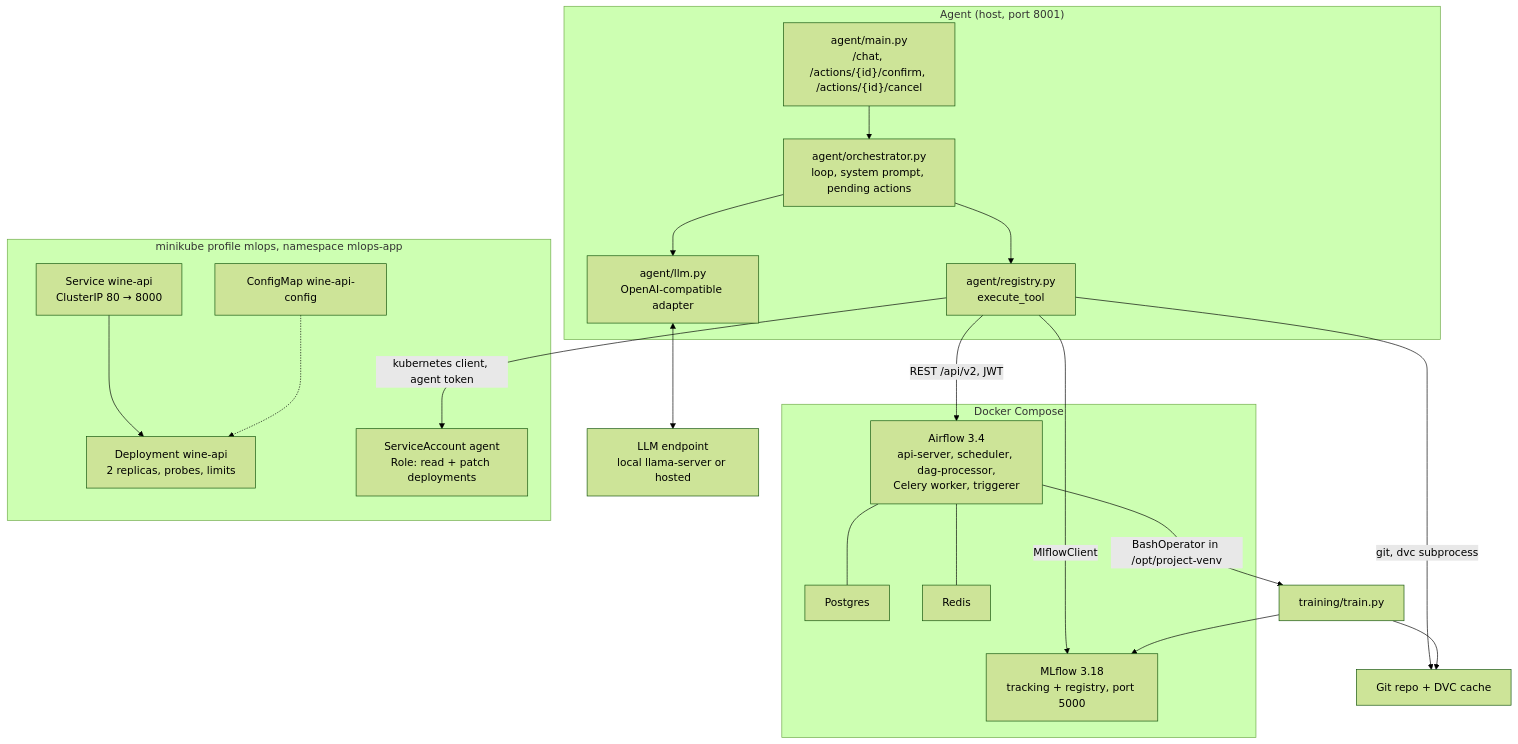
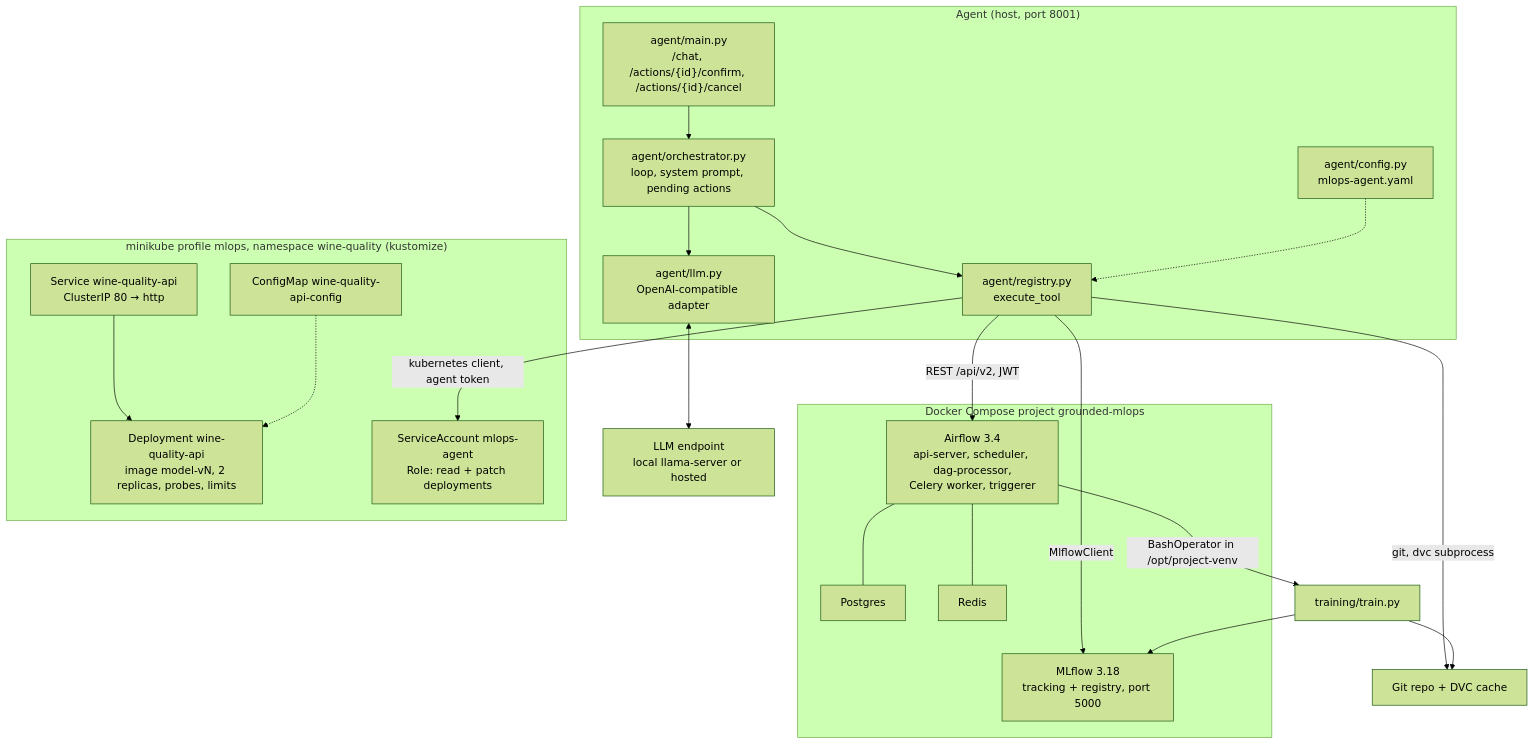
Before and after one commit to lioncovehx/grounded-mlops-agent: the first of 6 diagrams in architecture.md, drawn with Mermaid (forest theme). The commit also changed other lines of this file and 29 other files, not shown here.

````diff
--- a/architecture.md
+++ b/architecture.md
@@ -5,38 +7,40 @@
 ```mermaid
 flowchart TD
     subgraph Agent["Agent (host, port 8001)"]
         API["agent/main.py<br/>/chat, /actions/{id}/confirm, /actions/{id}/cancel"]
         ORC["agent/orchestrator.py<br/>loop, system prompt, pending actions"]
         LLMA["agent/llm.py<br/>OpenAI-compatible adapter"]
         REG["agent/registry.py<br/>execute_tool"]
+        CFG["agent/config.py<br/>mlops-agent.yaml"]
         API --> ORC --> LLMA
         ORC --> REG
+        CFG -.-> REG
     end
     LLMA <--> LLM["LLM endpoint<br/>local llama-server or hosted"]
 
-    subgraph Compose["Docker Compose"]
+    subgraph Compose["Docker Compose project grounded-mlops"]
         MLF["MLflow 3.18<br/>tracking + registry, port 5000"]
         AF["Airflow 3.4<br/>api-server, scheduler, dag-processor,<br/>Celery worker, triggerer"]
         PG["Postgres"]
         RD["Redis"]
         AF --- PG
         AF --- RD
     end
 
-    subgraph K8s["minikube profile mlops, namespace mlops-app"]
-        DEP["Deployment wine-api<br/>2 replicas, probes, limits"]
-        SVC["Service wine-api<br/>ClusterIP 80 → 8000"]
-        CM["ConfigMap wine-api-config"]
-        SA["ServiceAccount agent<br/>Role: read + patch deployments"]
+    subgraph K8s["minikube profile mlops, namespace wine-quality (kustomize)"]
+        DEP["Deployment wine-quality-api<br/>image model-vN, 2 replicas, probes, limits"]
+        SVC["Service wine-quality-api<br/>ClusterIP 80 → http"]
+        CM["ConfigMap wine-quality-api-config"]
+        SA["ServiceAccount mlops-agent<br/>Role: read + patch deployments"]
         SVC --> DEP
         CM -.-> DEP
     end
 
     REG -- "git, dvc subprocess" --> REPO["Git repo + DVC cache"]
     REG -- "MlflowClient" --> MLF
     REG -- "REST /api/v2, JWT" --> AF
     REG -- "kubernetes client, agent token" --> SA
     AF -- "BashOperator in /opt/project-venv" --> TR["training/train.py"]
     TR --> MLF
     TR --> REPO
 ```
````
